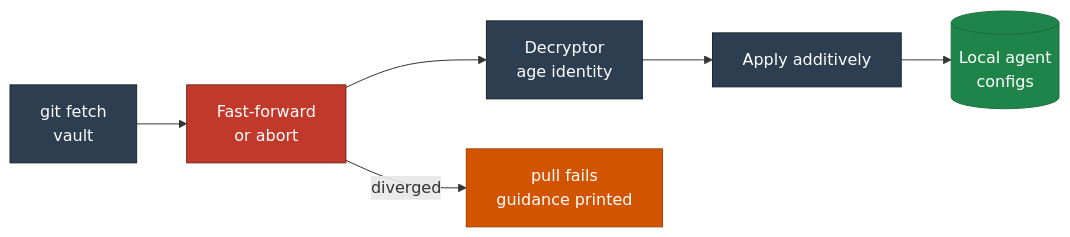
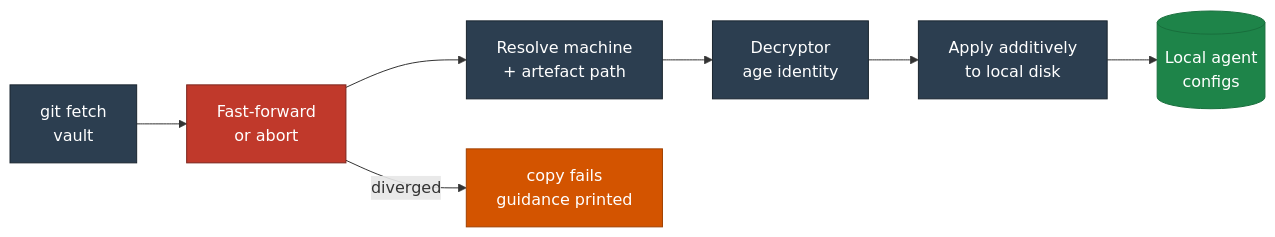
Before and after one commit to chrisleekr/agentsync: the third of 4 diagrams in docs/architecture.md, drawn with Mermaid. The commit also changed other lines of this file and 8 other files, not shown here.

Commit message:
docs: sweep single-source/pull references to the v2 per-machine + copy model (#168)

````diff
--- a/docs/architecture.md
+++ b/docs/architecture.md
@@ -97,20 +99,22 @@
 ```mermaid
 flowchart LR
     Fetch["git fetch<br/>vault"]:::step
     FF["Fast-forward<br/>or abort"]:::gate
+    Pick["Resolve machine<br/>+ artefact path"]:::step
     Decrypt["Decryptor<br/>age identity"]:::step
-    Apply["Apply additively"]:::step
+    Apply["Apply additively<br/>to local disk"]:::step
     Local[("Local agent<br/>configs")]:::remote
-    Abort["pull fails<br/>guidance printed"]:::abort
+    Abort["copy fails<br/>guidance printed"]:::abort
 
     Fetch --> FF
     FF -->|diverged| Abort
-    FF --> Decrypt
+    FF --> Pick
+    Pick --> Decrypt
     Decrypt --> Apply
     Apply --> Local
 
     classDef step fill:#2c3e50,color:#ffffff,stroke:#1a252f
     classDef gate fill:#c0392b,color:#ffffff,stroke:#7b241c
     classDef remote fill:#1e8449,color:#ffffff,stroke:#196f3d
     classDef abort fill:#d35400,color:#ffffff,stroke:#a04000
 ```
````
